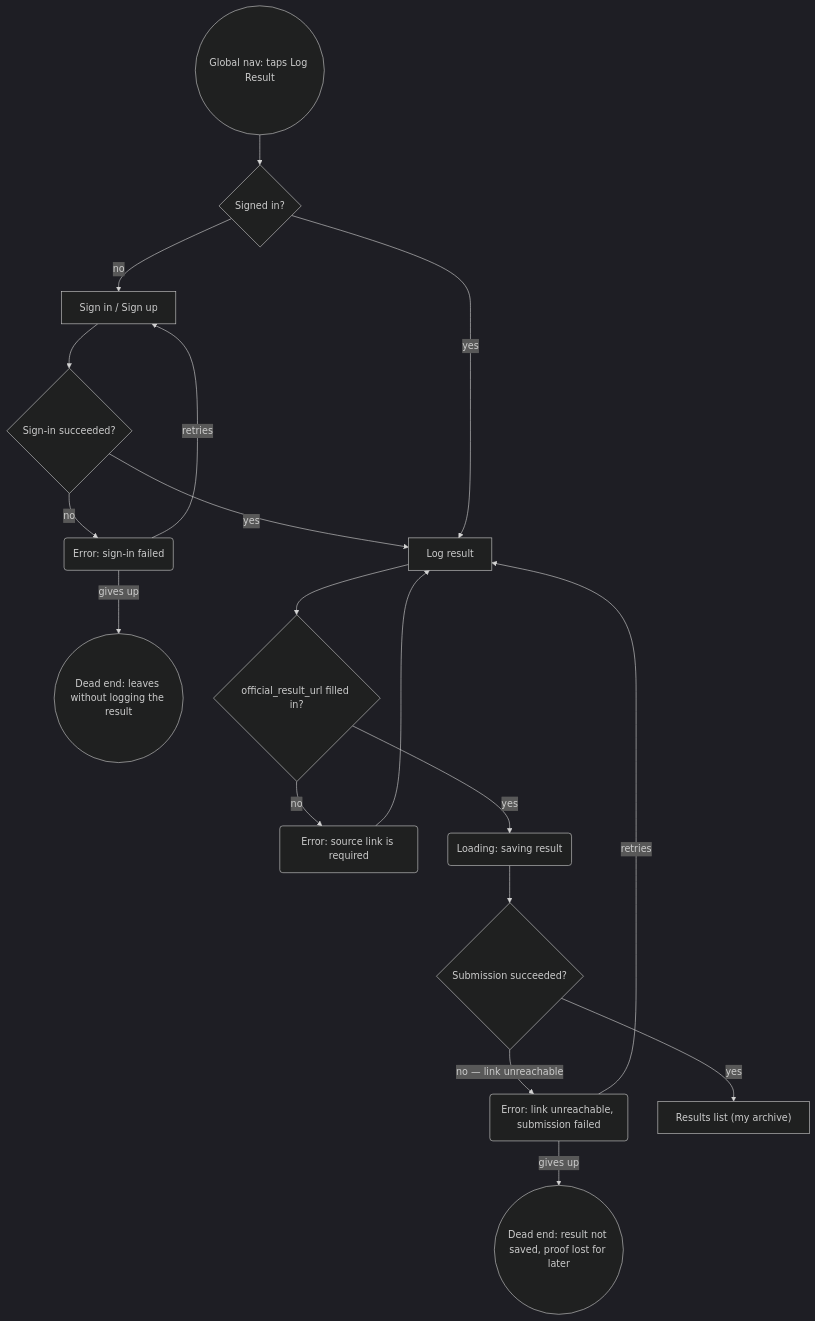
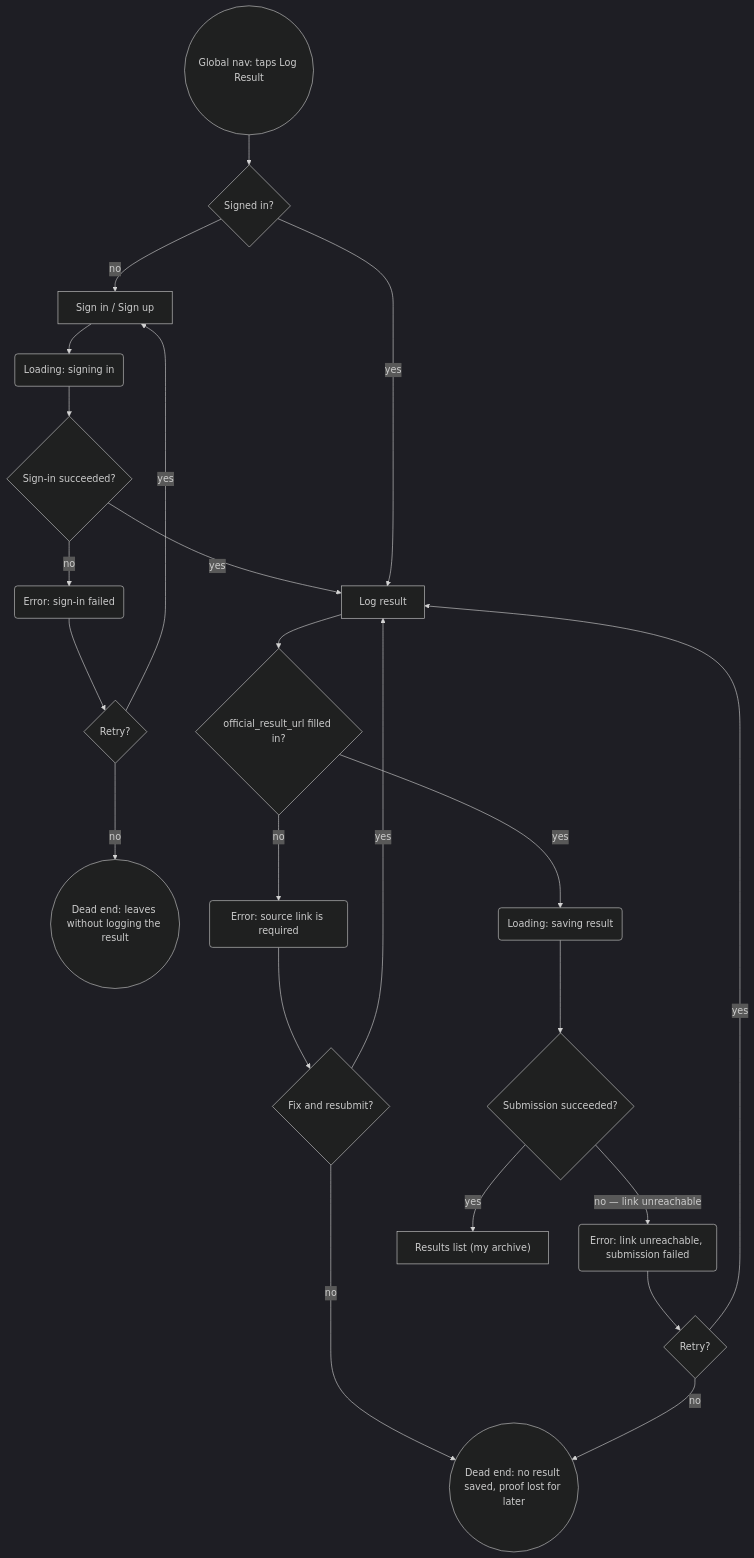
One commit to JuliaMakedonska/Onrace changed the second of 3 diagrams in flows.md. Above: the diagram before and after it, drawn with Mermaid (dark theme). The commit also changed other lines of this file, not shown here.

First line of the commit message:
Deepen flows: retry decisions, per-step loading states, dead-end audit

````diff
--- a/flows.md
+++ b/flows.md
@@ -56,20 +78,25 @@
 ```mermaid
 flowchart TD
     Start2(("Global nav: taps Log Result")) --> AuthCheck{"Signed in?"}
     AuthCheck -->|"no"| SignIn["Sign in / Sign up"]
-    SignIn --> AuthResult{"Sign-in succeeded?"}
+    SignIn --> SigningIn("Loading: signing in")
+    SigningIn --> AuthResult{"Sign-in succeeded?"}
     AuthResult -->|"no"| AuthError("Error: sign-in failed")
-    AuthError -->|"retries"| SignIn
-    AuthError -->|"gives up"| DeadEnd2(("Dead end: leaves without logging the result"))
+    AuthError --> AuthRetry{"Retry?"}
+    AuthRetry -->|"yes"| SignIn
+    AuthRetry -->|"no"| DeadEnd2(("Dead end: leaves without logging the result"))
     AuthResult -->|"yes"| LogForm["Log result"]
     AuthCheck -->|"yes"| LogForm
     LogForm --> HasLink{"official_result_url filled in?"}
     HasLink -->|"no"| ValidationError("Error: source link is required")
-    ValidationError --> LogForm
+    ValidationError --> ValidationRetry{"Fix and resubmit?"}
+    ValidationRetry -->|"yes"| LogForm
+    ValidationRetry -->|"no"| DeadEnd3(("Dead end: no result saved, proof lost for later"))
     HasLink -->|"yes"| Submitting("Loading: saving result")
     Submitting --> SubmitOK{"Submission succeeded?"}
     SubmitOK -->|"no — link unreachable"| SubmitError("Error: link unreachable, submission failed")
-    SubmitError -->|"retries"| LogForm
-    SubmitError -->|"gives up"| DeadEnd3(("Dead end: result not saved, proof lost for later"))
+    SubmitError --> SubmitRetry{"Retry?"}
+    SubmitRetry -->|"yes"| LogForm
+    SubmitRetry -->|"no"| DeadEnd3
     SubmitOK -->|"yes"| ResultsList["Results list (my archive)"]
 ```
````
